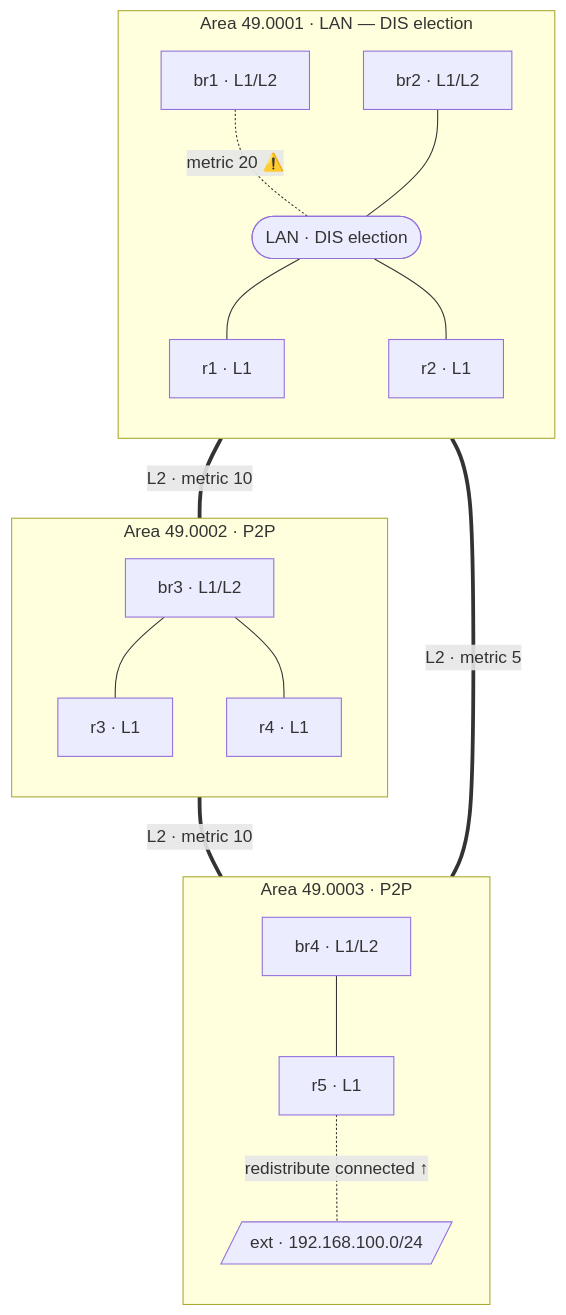
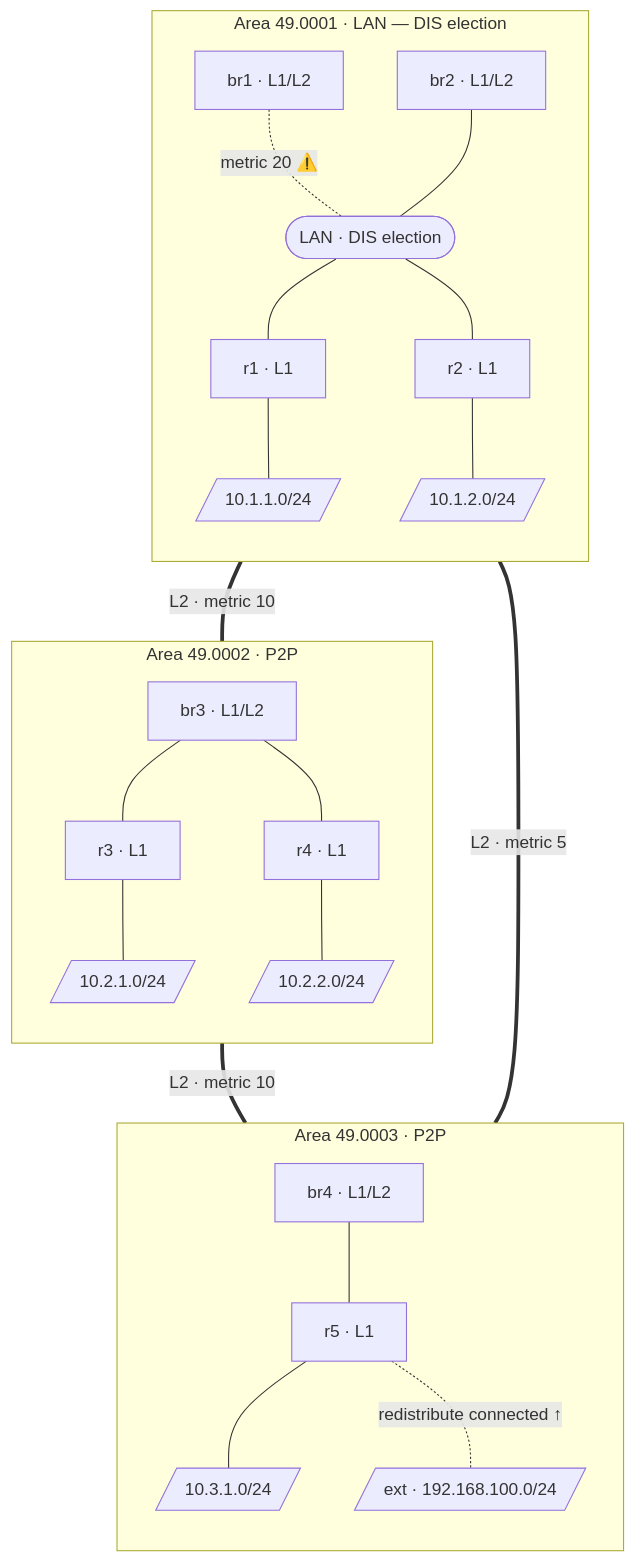
Before and after one commit to severindellsperger/netlab-isis-lab: the diagram in README.md, drawn with Mermaid.

Commit message:
feat: add stub networks to Mermaid topology diagram

````diff
--- a/README.md
+++ b/README.md
@@ -11,37 +11,47 @@
 ```mermaid
 graph TB
     subgraph A1["Area 49.0001 · LAN — DIS election"]
         direction TB
         br1["br1 · L1/L2"]
         br2["br2 · L1/L2"]
         LAN1(["LAN · DIS election"])
         r1["r1 · L1"]
         r2["r2 · L1"]
+        stub_r1[/"10.1.1.0/24"/]
+        stub_r2[/"10.1.2.0/24"/]
         br1 -. "metric 20 ⚠️" .- LAN1
         br2 --- LAN1
         LAN1 --- r1
         LAN1 --- r2
+        r1 --- stub_r1
+        r2 --- stub_r2
     end
 
     subgraph A3["Area 49.0003 · P2P"]
         direction TB
         br4["br4 · L1/L2"]
         r5["r5 · L1"]
+        stub_r5[/"10.3.1.0/24"/]
         ext[/"ext · 192.168.100.0/24"/]
         br4 --- r5
+        r5 --- stub_r5
         r5 -. "redistribute connected ↑" .- ext
     end
 
     subgraph A2["Area 49.0002 · P2P"]
         direction TB
         br3["br3 · L1/L2"]
         r3["r3 · L1"]
         r4["r4 · L1"]
+        stub_r3[/"10.2.1.0/24"/]
+        stub_r4[/"10.2.2.0/24"/]
         br3 --- r3
         br3 --- r4
+        r3 --- stub_r3
+        r4 --- stub_r4
     end
 
     br1 == "L2 · metric 5" === br4
     br2 == "L2 · metric 10" === br3
     br3 == "L2 · metric 10" === br4
 ```
````
